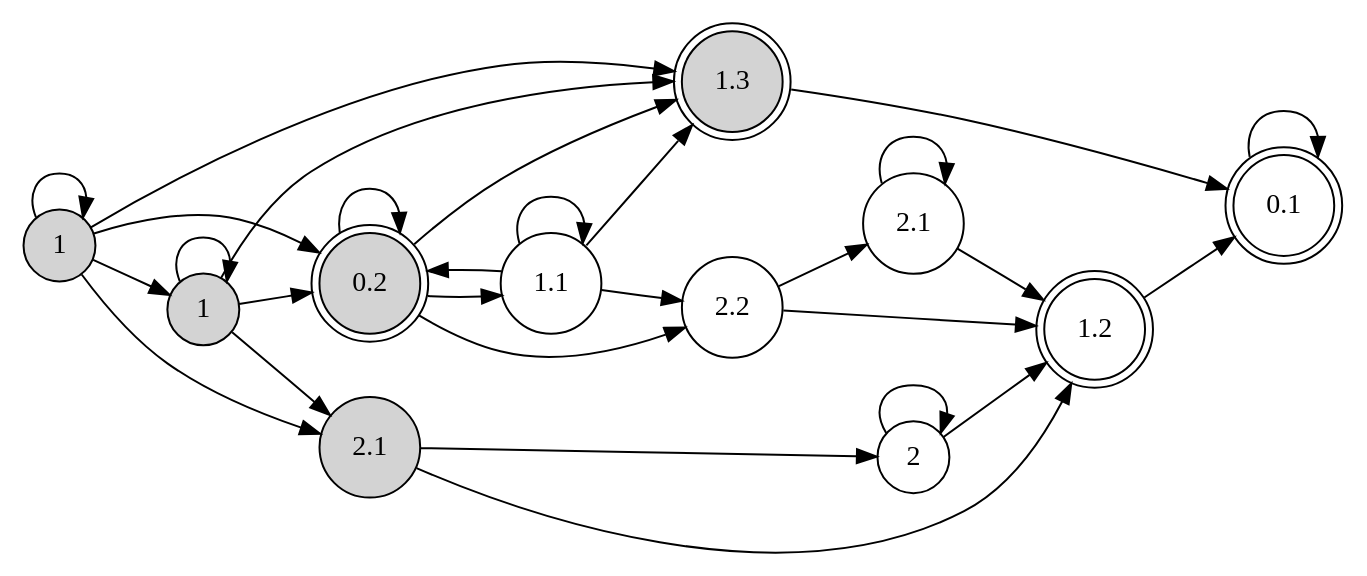
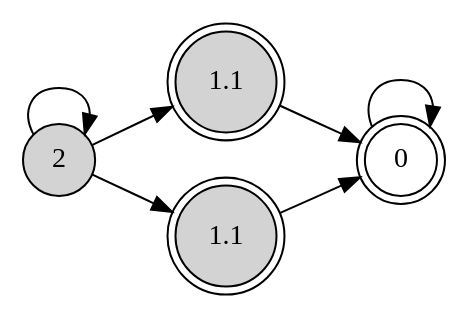
The diagram in cmake-build-debug/SBA.dot (Tj-Cong/EnPAC_2021_RD), drawn with Graphviz before and after one commit. The commit also changed 20 other files, not shown here.

```diff
--- a/cmake-build-debug/SBA.dot
+++ b/cmake-build-debug/SBA.dot
@@ -1,43 +1,14 @@
 digraph SBA{
 	rankdir=LR
-	0 [shape=circle,style=filled,label="1"]
-	1 [shape=doublecircle,style=filled,label="1.3"]
-	2 [shape=doublecircle,style=filled,label="0.2"]
-	3 [shape=circle,style=filled,label="2.1"]
-	4 [shape=circle,style=filled,label="1"]
-	9 [shape=circle,label="2"]
-	10 [shape=doublecircle,label="1.2"]
-	14 [shape=circle,label="2.2"]
-	15 [shape=circle,label="1.1"]
-	16 [shape=doublecircle,label="0.1"]
-	21 [shape=circle,label="2.1"]
+	0 [shape=circle,style=filled,label="2"]
+	1 [shape=doublecircle,style=filled,label="1.1"]
+	2 [shape=doublecircle,style=filled,label="1.1"]
+	3 [shape=doublecircle,label="0"]
 
 	0->0
 	0->1
 	0->2
-	0->3
-	0->4
-	1->16
-	2->1
-	2->2
-	2->14
-	2->15
-	3->9
-	3->10
-	4->1
-	4->2
-	4->3
-	4->4
-	9->9
-	9->10
-	10->16
-	14->10
-	14->21
-	15->1
-	15->2
-	15->14
-	15->15
-	16->16
-	21->10
-	21->21
+	1->3
+	2->3
+	3->3
 }
```
